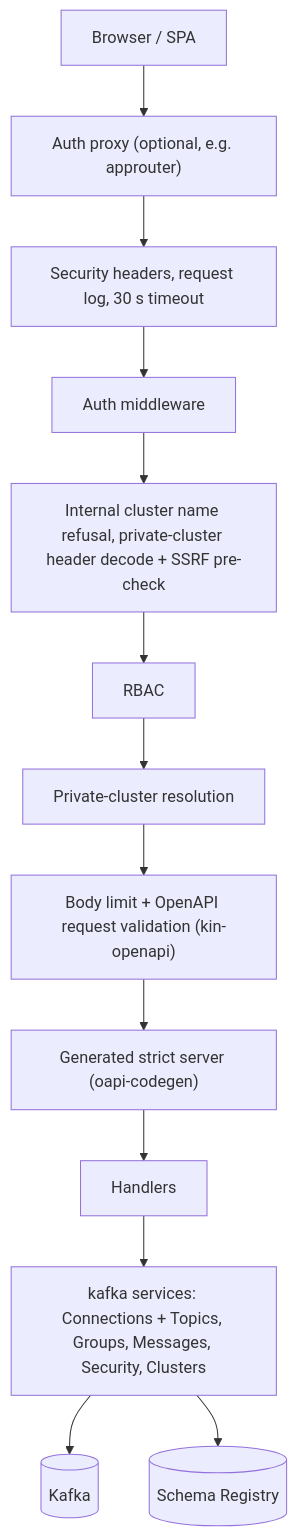
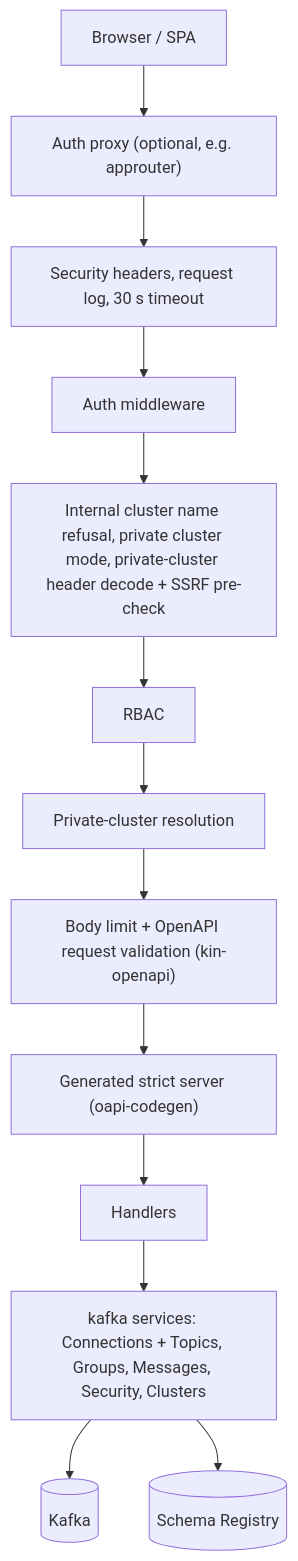
One commit to FinkeFlo/kafkito changed the diagram in docs/architecture.md. Above: the diagram before and after it, drawn with Mermaid. The commit also changed other lines of this file and 19 other files, not shown here.

First line of the commit message:
feat(server): enforce private cluster mode and role permission

````diff
--- a/docs/architecture.md
+++ b/docs/architecture.md
@@ -12,15 +12,15 @@
 ```mermaid
 flowchart TD
     B[Browser / SPA] --> P["Auth proxy (optional, e.g. approuter)"]
     P --> M["Security headers, request log, 30 s timeout"]
     M --> A[Auth middleware]
-    A --> PC["Internal cluster name refusal, private-cluster header decode + SSRF pre-check"]
+    A --> PC["Internal cluster name refusal, private cluster mode, private-cluster header decode + SSRF pre-check"]
     PC --> R[RBAC]
     R --> PR[Private-cluster resolution]
     PR --> V["Body limit + OpenAPI request validation (kin-openapi)"]
     V --> S["Generated strict server (oapi-codegen)"]
     S --> H[Handlers]
     H --> K["kafka services: Connections + Topics, Groups, Messages, Security, Clusters"]
     K --> KB[(Kafka)]
     K --> SR[(Schema Registry)]
 ```
````
